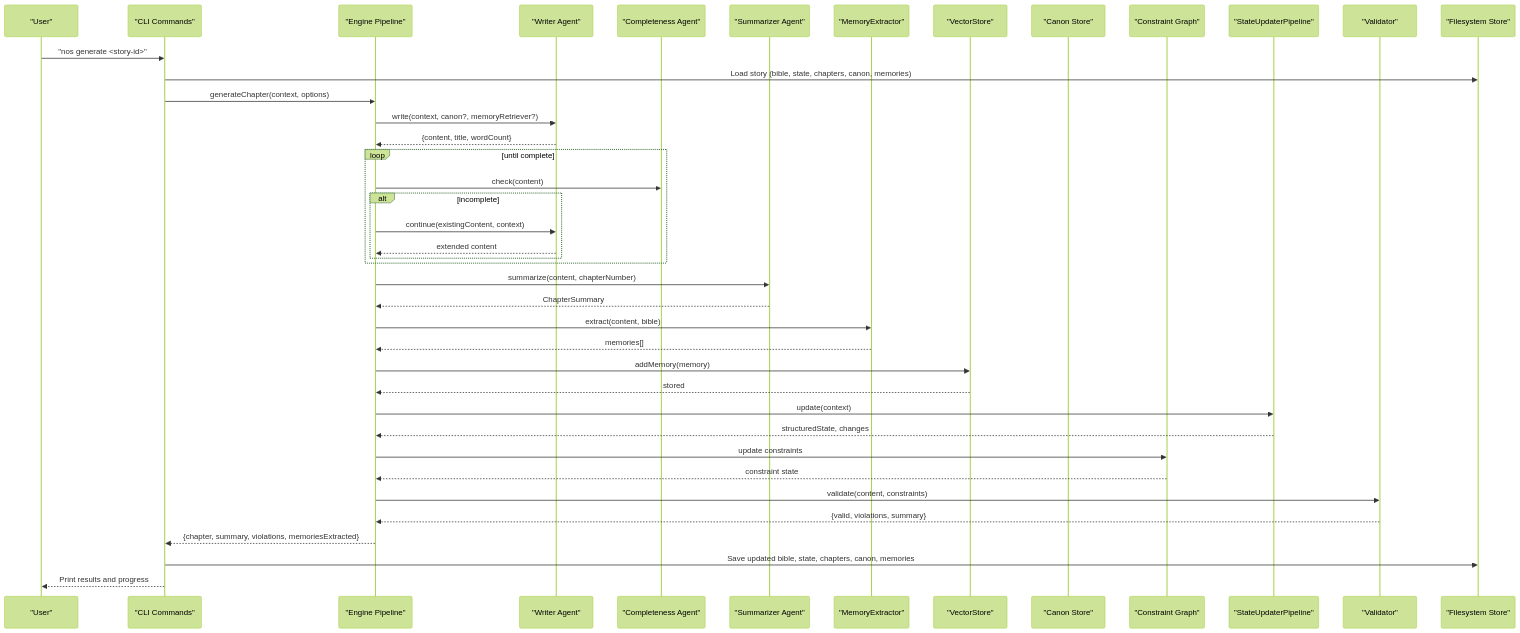
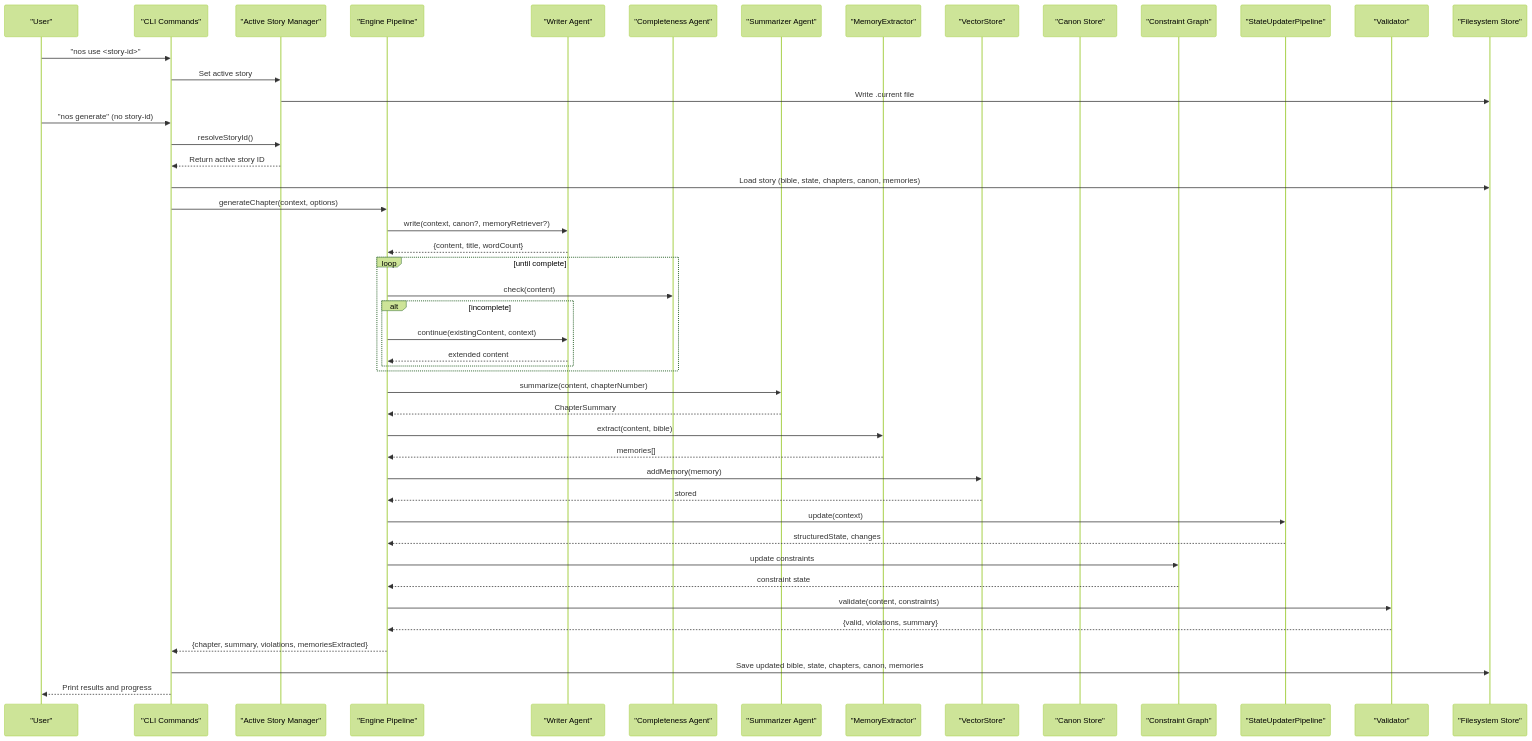
Before and after one commit to liwonder/NARRITIVE_OS: the second of 18 diagrams in .qoder/repowiki/en/content/Story Management System/Story Management System.md, drawn with Mermaid (forest theme). The commit also changed other lines of this file and 12 other files, not shown here.

````diff
--- a/.qoder/repowiki/en/content/Story Management System/Story Management System.md
+++ b/.qoder/repowiki/en/content/Story Management System/Story Management System.md
@@ -216,43 +230,49 @@
 ```mermaid
 sequenceDiagram
 participant User as "User"
 participant CLI as "CLI Commands"
+participant ActiveStory as "Active Story Manager"
 participant Engine as "Engine Pipeline"
 participant Writer as "Writer Agent"
 participant Checker as "Completeness Agent"
 participant Sum as "Summarizer Agent"
 participant MemExt as "MemoryExtractor"
 participant Vector as "VectorStore"
 participant Canon as "Canon Store"
 participant Graph as "Constraint Graph"
 participant StateUpd as "StateUpdaterPipeline"
 participant Validator as "Validator"
 participant FS as "Filesystem Store"
-User->>CLI : "nos generate <story-id>"
+User->>CLI : "nos use <story-id>"
+CLI->>ActiveStory : Set active story
+ActiveStory->>FS : Write .current file
+User->>CLI : "nos generate" (no story-id)
+CLI->>ActiveStory : resolveStoryId()
+ActiveStory-->>CLI : Return active story ID
 CLI->>FS : Load story (bible, state, chapters, canon, memories)
 CLI->>Engine : generateChapter(context, options)
 Engine->>Writer : write(context, canon?, memoryRetriever?)
 Writer-->>Engine : {content, title, wordCount}
 loop until complete
 Engine->>Checker : check(content)
 alt incomplete
 Engine->>Writer : continue(existingContent, context)
 Writer-->>Engine : extended content
 end
 end
 Engine->>Sum : summarize(content, chapterNumber)
 Sum-->>Engine : ChapterSummary
 Engine->>MemExt : extract(content, bible)
 MemExt-->>Engine : memories[]
 Engine->>Vector : addMemory(memory)
 Vector-->>Engine : stored
 Engine->>StateUpd : update(context)
 StateUpd-->>Engine : structuredState, changes
 Engine->>Graph : update constraints
 Graph-->>Engine : constraint state
 Engine->>Validator : validate(content, constraints)
 Validator-->>Engine : {valid, violations, summary}
 Engine-->>CLI : {chapter, summary, violations, memoriesExtracted}
 CLI->>FS : Save updated bible, state, chapters, canon, memories
 CLI-->>User : Print results and progress
 ```
````
